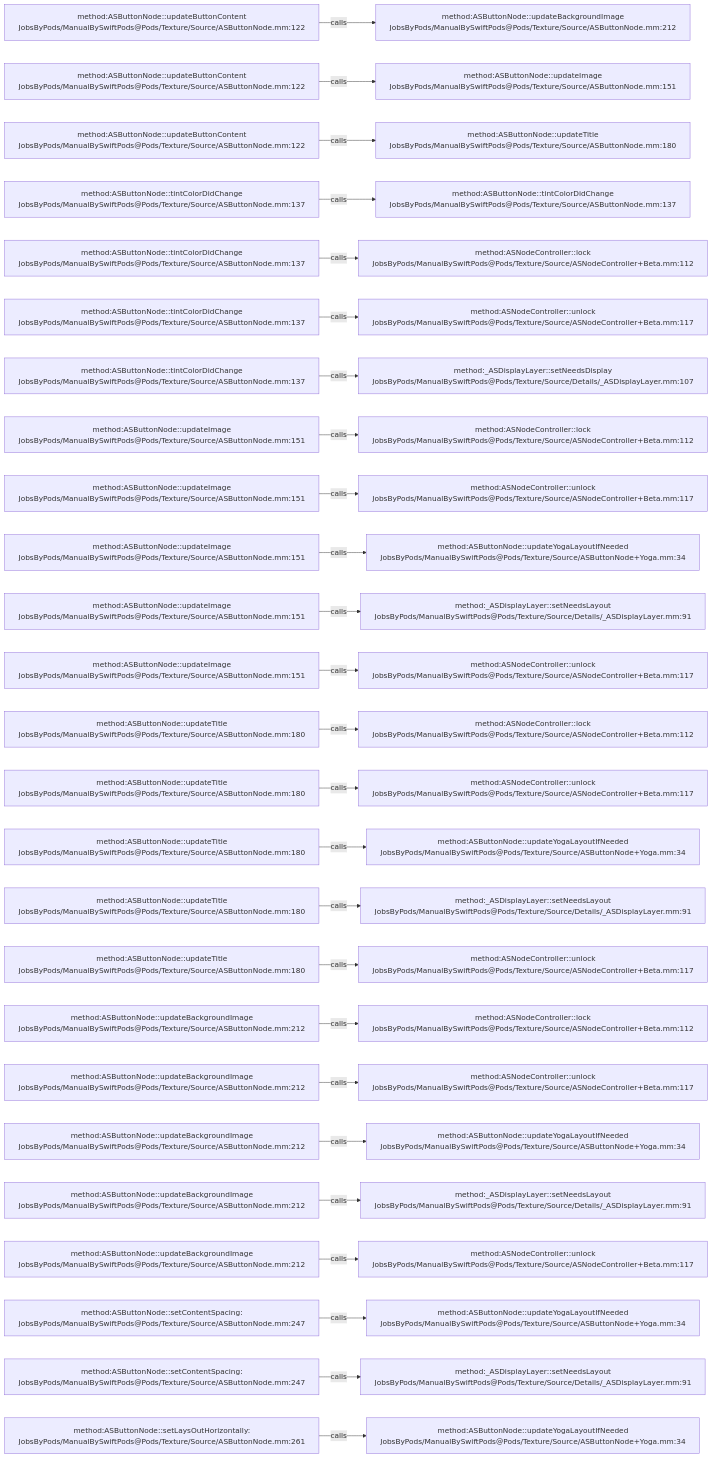
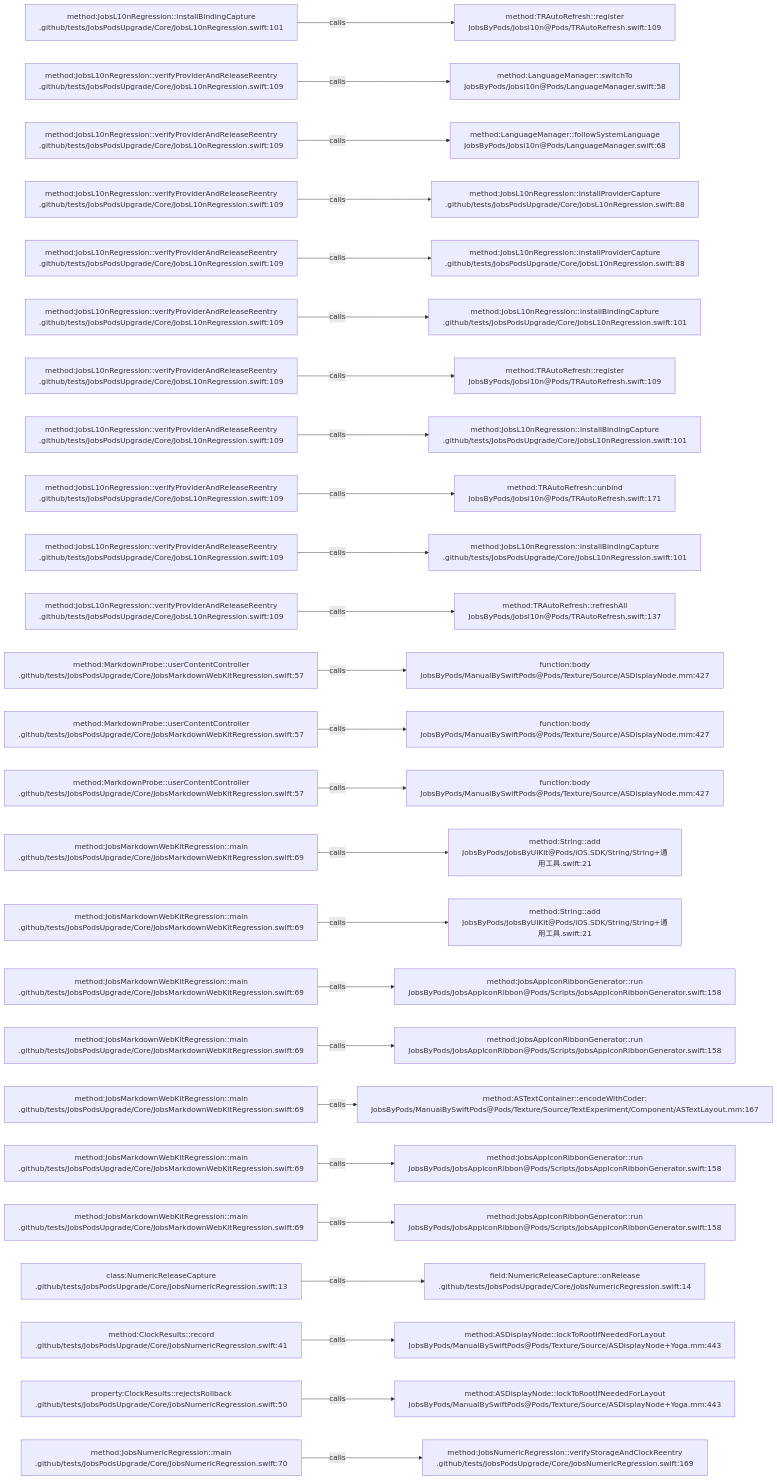
One commit to JobsKits/JobsSwiftBaseConfigDemo changed the diagram in .codegraph/codegraph.md/graphs/calls-003.md. Above: the diagram before and after it, drawn with Mermaid. The commit also changed 224 other files, not shown here.

````diff
--- a/.codegraph/codegraph.md/graphs/calls-003.md
+++ b/.codegraph/codegraph.md/graphs/calls-003.md
@@ -13,78 +13,78 @@
 ```mermaid
 flowchart LR
-  S1["method:ASButtonNode::updateButtonContent<br/>JobsByPods/ManualBySwiftPods@Pods/Texture/Source/ASButtonNode.mm:122"]
-  T1["method:ASButtonNode::updateBackgroundImage<br/>JobsByPods/ManualBySwiftPods@Pods/Texture/Source/ASButtonNode.mm:212"]
+  S1["method:JobsL10nRegression::installBindingCapture<br/>.github/tests/JobsPodsUpgrade/Core/JobsL10nRegression.swift:101"]
+  T1["method:TRAutoRefresh::register<br/>JobsByPods/Jobsl10n@Pods/TRAutoRefresh.swift:109"]
   S1 -->|calls| T1
-  S2["method:ASButtonNode::updateButtonContent<br/>JobsByPods/ManualBySwiftPods@Pods/Texture/Source/ASButtonNode.mm:122"]
-  T2["method:ASButtonNode::updateImage<br/>JobsByPods/ManualBySwiftPods@Pods/Texture/Source/ASButtonNode.mm:151"]
+  S2["method:JobsL10nRegression::verifyProviderAndReleaseReentry<br/>.github/tests/JobsPodsUpgrade/Core/JobsL10nRegression.swift:109"]
+  T2["method:LanguageManager::switchTo<br/>JobsByPods/Jobsl10n@Pods/LanguageManager.swift:58"]
   S2 -->|calls| T2
-  S3["method:ASButtonNode::updateButtonContent<br/>JobsByPods/ManualBySwiftPods@Pods/Texture/Source/ASButtonNode.mm:122"]
-  T3["method:ASButtonNode::updateTitle<br/>JobsByPods/ManualBySwiftPods@Pods/Texture/Source/ASButtonNode.mm:180"]
+  S3["method:JobsL10nRegression::verifyProviderAndReleaseReentry<br/>.github/tests/JobsPodsUpgrade/Core/JobsL10nRegression.swift:109"]
+  T3["method:LanguageManager::followSystemLanguage<br/>JobsByPods/Jobsl10n@Pods/LanguageManager.swift:68"]
   S3 -->|calls| T3
-  S4["method:ASButtonNode::tintColorDidChange<br/>JobsByPods/ManualBySwiftPods@Pods/Texture/Source/ASButtonNode.mm:137"]
-  T4["method:ASButtonNode::tintColorDidChange<br/>JobsByPods/ManualBySwiftPods@Pods/Texture/Source/ASButtonNode.mm:137"]
+  S4["method:JobsL10nRegression::verifyProviderAndReleaseReentry<br/>.github/tests/JobsPodsUpgrade/Core/JobsL10nRegression.swift:109"]
+  T4["method:JobsL10nRegression::installProviderCapture<br/>.github/tests/JobsPodsUpgrade/Core/JobsL10nRegression.swift:88"]
   S4 -->|calls| T4
-  S5["method:ASButtonNode::tintColorDidChange<br/>JobsByPods/ManualBySwiftPods@Pods/Texture/Source/ASButtonNode.mm:137"]
-  T5["method:ASNodeController::lock<br/>JobsByPods/ManualBySwiftPods@Pods/Texture/Source/ASNodeController+Beta.mm:112"]
+  S5["method:JobsL10nRegression::verifyProviderAndReleaseReentry<br/>.github/tests/JobsPodsUpgrade/Core/JobsL10nRegression.swift:109"]
+  T5["method:JobsL10nRegression::installProviderCapture<br/>.github/tests/JobsPodsUpgrade/Core/JobsL10nRegression.swift:88"]
   S5 -->|calls| T5
-  S6["method:ASButtonNode::tintColorDidChange<br/>JobsByPods/ManualBySwiftPods@Pods/Texture/Source/ASButtonNode.mm:137"]
-  T6["method:ASNodeController::unlock<br/>JobsByPods/ManualBySwiftPods@Pods/Texture/Source/ASNodeController+Beta.mm:117"]
+  S6["method:JobsL10nRegression::verifyProviderAndReleaseReentry<br/>.github/tests/JobsPodsUpgrade/Core/JobsL10nRegression.swift:109"]
+  T6["method:JobsL10nRegression::installBindingCapture<br/>.github/tests/JobsPodsUpgrade/Core/JobsL10nRegression.swift:101"]
   S6 -->|calls| T6
-  S7["method:ASButtonNode::tintColorDidChange<br/>JobsByPods/ManualBySwiftPods@Pods/Texture/Source/ASButtonNode.mm:137"]
-  T7["method:_ASDisplayLayer::setNeedsDisplay<br/>JobsByPods/ManualBySwiftPods@Pods/Texture/Source/Details/_ASDisplayLayer.mm:107"]
+  S7["method:JobsL10nRegression::verifyProviderAndReleaseReentry<br/>.github/tests/JobsPodsUpgrade/Core/JobsL10nRegression.swift:109"]
+  T7["method:TRAutoRefresh::register<br/>JobsByPods/Jobsl10n@Pods/TRAutoRefresh.swift:109"]
   S7 -->|calls| T7
-  S8["method:ASButtonNode::updateImage<br/>JobsByPods/ManualBySwiftPods@Pods/Texture/Source/ASButtonNode.mm:151"]
-  T8["method:ASNodeController::lock<br/>JobsByPods/ManualBySwiftPods@Pods/Texture/Source/ASNodeController+Beta.mm:112"]
+  S8["method:JobsL10nRegression::verifyProviderAndReleaseReentry<br/>.github/tests/JobsPodsUpgrade/Core/JobsL10nRegression.swift:109"]
+  T8["method:JobsL10nRegression::installBindingCapture<br/>.github/tests/JobsPodsUpgrade/Core/JobsL10nRegression.swift:101"]
   S8 -->|calls| T8
-  S9["method:ASButtonNode::updateImage<br/>JobsByPods/ManualBySwiftPods@Pods/Texture/Source/ASButtonNode.mm:151"]
-  T9["method:ASNodeController::unlock<br/>JobsByPods/ManualBySwiftPods@Pods/Texture/Source/ASNodeController+Beta.mm:117"]
+  S9["method:JobsL10nRegression::verifyProviderAndReleaseReentry<br/>.github/tests/JobsPodsUpgrade/Core/JobsL10nRegression.swift:109"]
+  T9["method:TRAutoRefresh::unbind<br/>JobsByPods/Jobsl10n@Pods/TRAutoRefresh.swift:171"]
   S9 -->|calls| T9
-  S10["method:ASButtonNode::updateImage<br/>JobsByPods/ManualBySwiftPods@Pods/Texture/Source/ASButtonNode.mm:151"]
-  T10["method:ASButtonNode::updateYogaLayoutIfNeeded<br/>JobsByPods/ManualBySwiftPods@Pods/Texture/Source/ASButtonNode+Yoga.mm:34"]
+  S10["method:JobsL10nRegression::verifyProviderAndReleaseReentry<br/>.github/tests/JobsPodsUpgrade/Core/JobsL10nRegression.swift:109"]
+  T10["method:JobsL10nRegression::installBindingCapture<br/>.github/tests/JobsPodsUpgrade/Core/JobsL10nRegression.swift:101"]
   S10 -->|calls| T10
-  S11["method:ASButtonNode::updateImage<br/>JobsByPods/ManualBySwiftPods@Pods/Texture/Source/ASButtonNode.mm:151"]
-  T11["method:_ASDisplayLayer::setNeedsLayout<br/>JobsByPods/ManualBySwiftPods@Pods/Texture/Source/Details/_ASDisplayLayer.mm:91"]
+  S11["method:JobsL10nRegression::verifyProviderAndReleaseReentry<br/>.github/tests/JobsPodsUpgrade/Core/JobsL10nRegression.swift:109"]
+  T11["method:TRAutoRefresh::refreshAll<br/>JobsByPods/Jobsl10n@Pods/TRAutoRefresh.swift:137"]
   S11 -->|calls| T11
-  S12["method:ASButtonNode::updateImage<br/>JobsByPods/ManualBySwiftPods@Pods/Texture/Source/ASButtonNode.mm:151"]
-  T12["method:ASNodeController::unlock<br/>JobsByPods/ManualBySwiftPods@Pods/Texture/Source/ASNodeController+Beta.mm:117"]
+  S12["method:MarkdownProbe::userContentController<br/>.github/tests/JobsPodsUpgrade/Core/JobsMarkdownWebKitRegression.swift:57"]
+  T12["function:body<br/>JobsByPods/ManualBySwiftPods@Pods/Texture/Source/ASDisplayNode.mm:427"]
   S12 -->|calls| T12
-  S13["method:ASButtonNode::updateTitle<br/>JobsByPods/ManualBySwiftPods@Pods/Texture/Source/ASButtonNode.mm:180"]
-  T13["method:ASNodeController::lock<br/>JobsByPods/ManualBySwiftPods@Pods/Texture/Source/ASNodeController+Beta.mm:112"]
+  S13["method:MarkdownProbe::userContentController<br/>.github/tests/JobsPodsUpgrade/Core/JobsMarkdownWebKitRegression.swift:57"]
+  T13["function:body<br/>JobsByPods/ManualBySwiftPods@Pods/Texture/Source/ASDisplayNode.mm:427"]
   S13 -->|calls| T13
-  S14["method:ASButtonNode::updateTitle<br/>JobsByPods/ManualBySwiftPods@Pods/Texture/Source/ASButtonNode.mm:180"]
-  T14["method:ASNodeController::unlock<br/>JobsByPods/ManualBySwiftPods@Pods/Texture/Source/ASNodeController+Beta.mm:117"]
+  S14["method:MarkdownProbe::userContentController<br/>.github/tests/JobsPodsUpgrade/Core/JobsMarkdownWebKitRegression.swift:57"]
+  T14["function:body<br/>JobsByPods/ManualBySwiftPods@Pods/Texture/Source/ASDisplayNode.mm:427"]
   S14 -->|calls| T14
-  S15["method:ASButtonNode::updateTitle<br/>JobsByPods/ManualBySwiftPods@Pods/Texture/Source/ASButtonNode.mm:180"]
-  T15["method:ASButtonNode::updateYogaLayoutIfNeeded<br/>JobsByPods/ManualBySwiftPods@Pods/Texture/Source/ASButtonNode+Yoga.mm:34"]
+  S15["method:JobsMarkdownWebKitRegression::main<br/>.github/tests/JobsPodsUpgrade/Core/JobsMarkdownWebKitRegression.swift:69"]
+  T15["method:String::add<br/>JobsByPods/JobsByUIKit@Pods/iOS.SDK/String/String+通用工具.swift:21"]
   S15 -->|calls| T15
-  S16["method:ASButtonNode::updateTitle<br/>JobsByPods/ManualBySwiftPods@Pods/Texture/Source/ASButtonNode.mm:180"]
-  T16["method:_ASDisplayLayer::setNeedsLayout<br/>JobsByPods/ManualBySwiftPods@Pods/Texture/Source/Details/_ASDisplayLayer.mm:91"]
+  S16["method:JobsMarkdownWebKitRegression::main<br/>.github/tests/JobsPodsUpgrade/Core/JobsMarkdownWebKitRegression.swift:69"]
+  T16["method:String::add<br/>JobsByPods/JobsByUIKit@Pods/iOS.SDK/String/String+通用工具.swift:21"]
   S16 -->|calls| T16
-  S17["method:ASButtonNode::updateTitle<br/>JobsByPods/ManualBySwiftPods@Pods/Texture/Source/ASButtonNode.mm:180"]
-  T17["method:ASNodeController::unlock<br/>JobsByPods/ManualBySwiftPods@Pods/Texture/Source/ASNodeController+Beta.mm:117"]
+  S17["method:JobsMarkdownWebKitRegression::main<br/>.github/tests/JobsPodsUpgrade/Core/JobsMarkdownWebKitRegression.swift:69"]
+  T17["method:JobsAppIconRibbonGenerator::run<br/>JobsByPods/JobsAppIconRibbon@Pods/Scripts/JobsAppIconRibbonGenerator.swift:158"]
   S17 -->|calls| T17
-  S18["method:ASButtonNode::updateBackgroundImage<br/>JobsByPods/ManualBySwiftPods@Pods/Texture/Source/ASButtonNode.mm:212"]
-  T18["method:ASNodeController::lock<br/>JobsByPods/ManualBySwiftPods@Pods/Texture/Source/ASNodeController+Beta.mm:112"]
+  S18["method:JobsMarkdownWebKitRegression::main<br/>.github/tests/JobsPodsUpgrade/Core/JobsMarkdownWebKitRegression.swift:69"]
+  T18["method:JobsAppIconRibbonGenerator::run<br/>JobsByPods/JobsAppIconRibbon@Pods/Scripts/JobsAppIconRibbonGenerator.swift:158"]
   S18 -->|calls| T18
-  S19["method:ASButtonNode::updateBackgroundImage<br/>JobsByPods/ManualBySwiftPods@Pods/Texture/Source/ASButtonNode.mm:212"]
-  T19["method:ASNodeController::unlock<br/>JobsByPods/ManualBySwiftPods@Pods/Texture/Source/ASNodeController+Beta.mm:117"]
+  S19["method:JobsMarkdownWebKitRegression::main<br/>.github/tests/JobsPodsUpgrade/Core/JobsMarkdownWebKitRegression.swift:69"]
+  T19["method:ASTextContainer::encodeWithCoder:<br/>JobsByPods/ManualBySwiftPods@Pods/Texture/Source/TextExperiment/Component/ASTextLayout.mm:167"]
   S19 -->|calls| T19
-  S20["method:ASButtonNode::updateBackgroundImage<br/>JobsByPods/ManualBySwiftPods@Pods/Texture/Source/ASButtonNode.mm:212"]
-  T20["method:ASButtonNode::updateYogaLayoutIfNeeded<br/>JobsByPods/ManualBySwiftPods@Pods/Texture/Source/ASButtonNode+Yoga.mm:34"]
+  S20["method:JobsMarkdownWebKitRegression::main<br/>.github/tests/JobsPodsUpgrade/Core/JobsMarkdownWebKitRegression.swift:69"]
+  T20["method:JobsAppIconRibbonGenerator::run<br/>JobsByPods/JobsAppIconRibbon@Pods/Scripts/JobsAppIconRibbonGenerator.swift:158"]
   S20 -->|calls| T20
-  S21["method:ASButtonNode::updateBackgroundImage<br/>JobsByPods/ManualBySwiftPods@Pods/Texture/Source/ASButtonNode.mm:212"]
-  T21["method:_ASDisplayLayer::setNeedsLayout<br/>JobsByPods/ManualBySwiftPods@Pods/Texture/Source/Details/_ASDisplayLayer.mm:91"]
+  S21["method:JobsMarkdownWebKitRegression::main<br/>.github/tests/JobsPodsUpgrade/Core/JobsMarkdownWebKitRegression.swift:69"]
+  T21["method:JobsAppIconRibbonGenerator::run<br/>JobsByPods/JobsAppIconRibbon@Pods/Scripts/JobsAppIconRibbonGenerator.swift:158"]
   S21 -->|calls| T21
-  S22["method:ASButtonNode::updateBackgroundImage<br/>JobsByPods/ManualBySwiftPods@Pods/Texture/Source/ASButtonNode.mm:212"]
-  T22["method:ASNodeController::unlock<br/>JobsByPods/ManualBySwiftPods@Pods/Texture/Source/ASNodeController+Beta.mm:117"]
+  S22["class:NumericReleaseCapture<br/>.github/tests/JobsPodsUpgrade/Core/JobsNumericRegression.swift:13"]
+  T22["field:NumericReleaseCapture::onRelease<br/>.github/tests/JobsPodsUpgrade/Core/JobsNumericRegression.swift:14"]
   S22 -->|calls| T22
-  S23["method:ASButtonNode::setContentSpacing:<br/>JobsByPods/ManualBySwiftPods@Pods/Texture/Source/ASButtonNode.mm:247"]
-  T23["method:ASButtonNode::updateYogaLayoutIfNeeded<br/>JobsByPods/ManualBySwiftPods@Pods/Texture/Source/ASButtonNode+Yoga.mm:34"]
+  S23["method:ClockResults::record<br/>.github/tests/JobsPodsUpgrade/Core/JobsNumericRegression.swift:41"]
+  T23["method:ASDisplayNode::lockToRootIfNeededForLayout<br/>JobsByPods/ManualBySwiftPods@Pods/Texture/Source/ASDisplayNode+Yoga.mm:443"]
   S23 -->|calls| T23
-  S24["method:ASButtonNode::setContentSpacing:<br/>JobsByPods/ManualBySwiftPods@Pods/Texture/Source/ASButtonNode.mm:247"]
-  T24["method:_ASDisplayLayer::setNeedsLayout<br/>JobsByPods/ManualBySwiftPods@Pods/Texture/Source/Details/_ASDisplayLayer.mm:91"]
+  S24["property:ClockResults::rejectsRollback<br/>.github/tests/JobsPodsUpgrade/Core/JobsNumericRegression.swift:50"]
+  T24["method:ASDisplayNode::lockToRootIfNeededForLayout<br/>JobsByPods/ManualBySwiftPods@Pods/Texture/Source/ASDisplayNode+Yoga.mm:443"]
   S24 -->|calls| T24
-  S25["method:ASButtonNode::setLaysOutHorizontally:<br/>JobsByPods/ManualBySwiftPods@Pods/Texture/Source/ASButtonNode.mm:261"]
-  T25["method:ASButtonNode::updateYogaLayoutIfNeeded<br/>JobsByPods/ManualBySwiftPods@Pods/Texture/Source/ASButtonNode+Yoga.mm:34"]
+  S25["method:JobsNumericRegression::main<br/>.github/tests/JobsPodsUpgrade/Core/JobsNumericRegression.swift:70"]
+  T25["method:JobsNumericRegression::verifyStorageAndClockReentry<br/>.github/tests/JobsPodsUpgrade/Core/JobsNumericRegression.swift:169"]
   S25 -->|calls| T25
 ```
````
